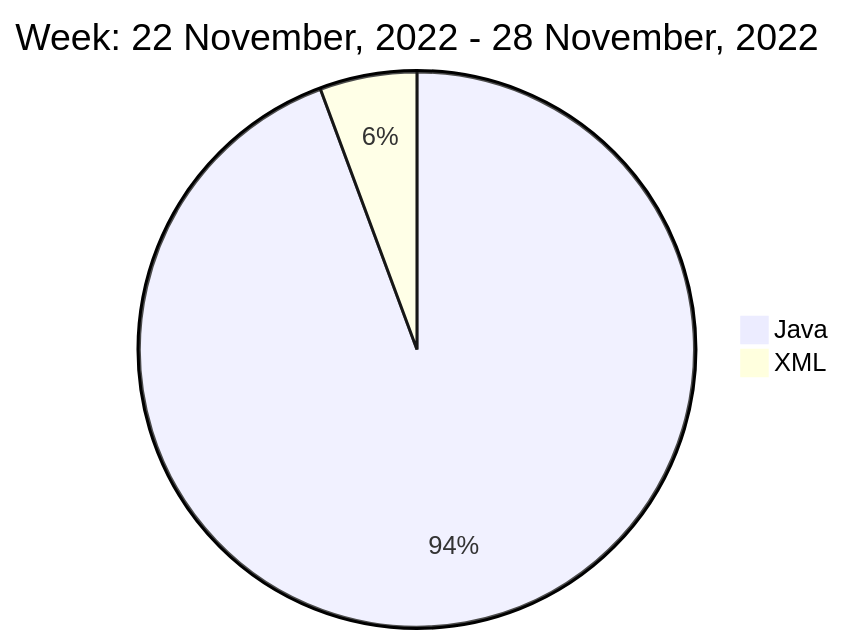
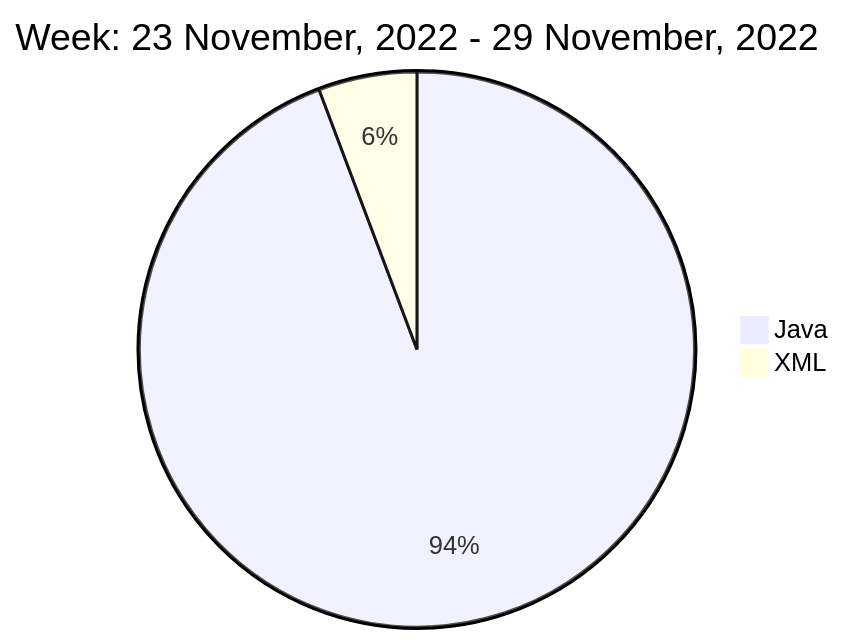
Before and after one commit to liubin95/liubin95: the diagram in README.md, drawn with Mermaid.

Commit message:
Updated the Graph with new Metrics

````diff
--- a/README.md
+++ b/README.md
@@ -40,6 +40,6 @@
 ```mermaid
  pie
-title Week: 22 November, 2022 - 28 November, 2022
- "Java" : 18.03
- "XML" : 1.08
+title Week: 23 November, 2022 - 29 November, 2022
+ "Java" : 18.9
+ "XML" : 1.15
 ```
````
